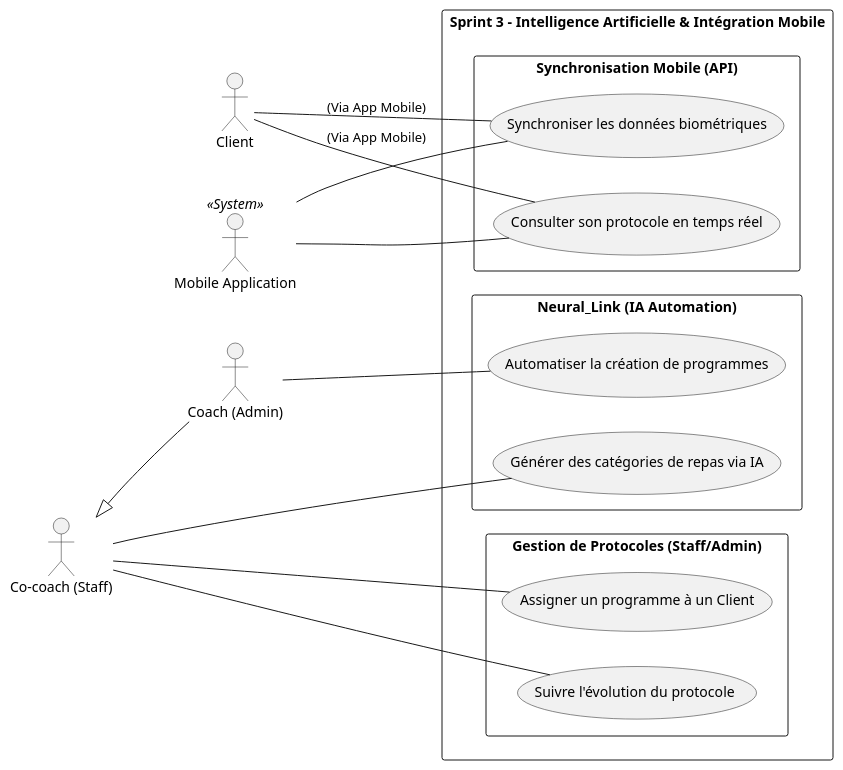
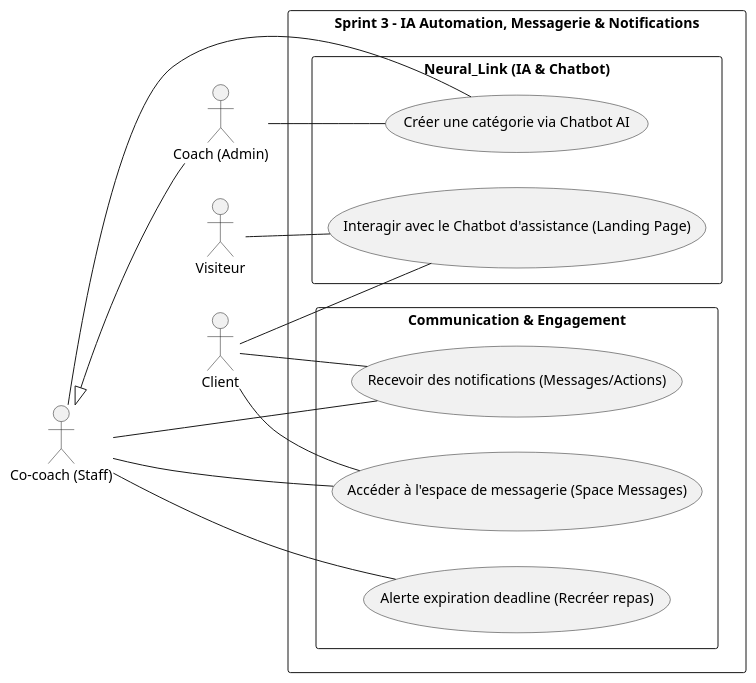
Before and after one commit to BenTaleb-Mehdi/Project-PFE: the diagram in Analyse/usecase-diagramme/use-case-sprint3.plantuml, drawn with PlantUML.

Commit message:
feat: add PlantUML use case diagram for sprint 3 IA automation and messaging features

```diff
--- a/Analyse/usecase-diagramme/use-case-sprint3.plantuml
+++ b/Analyse/usecase-diagramme/use-case-sprint3.plantuml
@@ -1,47 +1,43 @@
 @startuml
 left to right direction
 skinparam packageStyle rectangle
 skinparam shadowing false
 
 ' Actors
+actor "Visiteur" as Visitor
 actor "Client" as Client
 actor "Co-coach (Staff)" as Staff
 actor "Coach (Admin)" as Admin
-actor "Mobile Application" as MobileApp <<System>>
 
 ' Hierarchy
 Staff <|-- Admin
 
-rectangle "Sprint 3 - Intelligence Artificielle & Intégration Mobile" {
+rectangle "Sprint 3 - IA Automation, Messagerie & Notifications" {
 
-  package "Neural_Link (IA Automation)" {
-    usecase "Générer des catégories de repas via IA" as AICat
-    usecase "Automatiser la création de programmes" as AIProg
+  package "Neural_Link (IA & Chatbot)" {
+    usecase "Créer une catégorie via Chatbot AI" as AICat
+    usecase "Interagir avec le Chatbot d'assistance (Landing Page)" as LPBot
   }
 
-  package "Synchronisation Mobile (API)" {
-    usecase "Synchroniser les données biométriques" as SyncBio
-    usecase "Consulter son protocole en temps réel" as ViewProto
-  }
-
-  package "Gestion de Protocoles (Staff/Admin)" {
-    usecase "Assigner un programme à un Client" as AssignProg
-    usecase "Suivre l'évolution du protocole" as TrackProto
+  package "Communication & Engagement" {
+    usecase "Accéder à l'espace de messagerie (Space Messages)" as MsgSpace
+    usecase "Recevoir des notifications (Messages/Actions)" as Notif
+    usecase "Alerte expiration deadline (Recréer repas)" as DeadlineAlert
   }
 }
 
 ' Relations
-Client -- ViewProto : "(Via App Mobile)"
-Client -- SyncBio : "(Via App Mobile)"
+Visitor -- LPBot
+
+Client -- LPBot
+Client -- MsgSpace
+Client -- Notif
 
 Staff -- AICat
-Staff -- AssignProg
-Staff -- TrackProto
+Staff -- MsgSpace
+Staff -- Notif
+Staff -- DeadlineAlert
 
-Admin -- AIProg
-
-' Mobile App System
-MobileApp -- ViewProto
-MobileApp -- SyncBio
+Admin -- AICat
 
 @enduml
```
